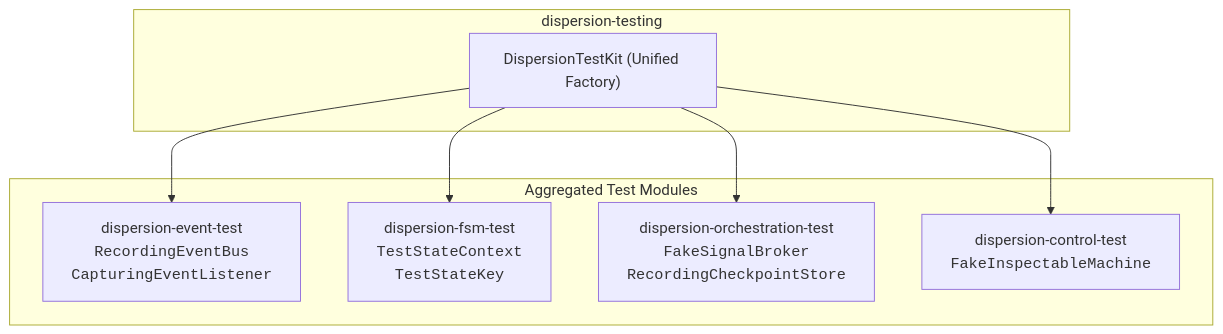
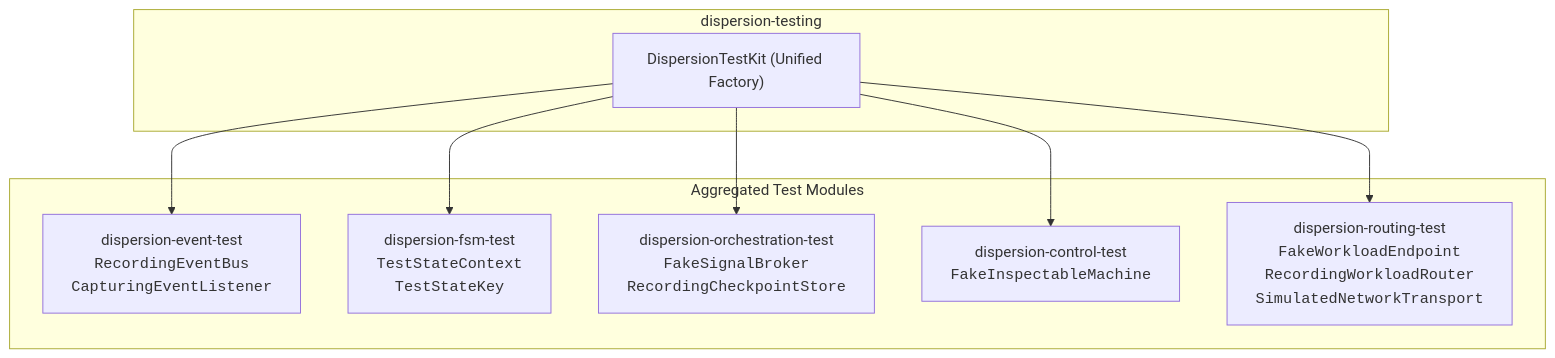
Before and after one commit to f442y/dispersion: the diagram in testing/README.md, drawn with Mermaid. The commit also changed other lines of this file and 64 other files, not shown here.

First line of the commit message:
feat(routing): add unified location-agnostic workload routing and orchestration

````diff
--- a/testing/README.md
+++ b/testing/README.md
@@ -11,18 +11,20 @@
 ```mermaid
 graph TD
     subgraph TestingFacade["dispersion-testing"]
         DTK["DispersionTestKit (Unified Factory)"]
     end
 
     subgraph TestDoubles["Aggregated Test Modules"]
         ET["dispersion-event-test<br/><code>RecordingEventBus</code><br/><code>CapturingEventListener</code>"]
         FT["dispersion-fsm-test<br/><code>TestStateContext</code><br/><code>TestStateKey</code>"]
         OT["dispersion-orchestration-test<br/><code>FakeSignalBroker</code><br/><code>RecordingCheckpointStore</code>"]
         CT["dispersion-control-test<br/><code>FakeInspectableMachine</code>"]
+        RT["dispersion-routing-test<br/><code>FakeWorkloadEndpoint</code><br/><code>RecordingWorkloadRouter</code><br/><code>SimulatedNetworkTransport</code>"]
     end
 
     DTK --> ET
     DTK --> FT
     DTK --> OT
     DTK --> CT
+    DTK --> RT
 ```
````
